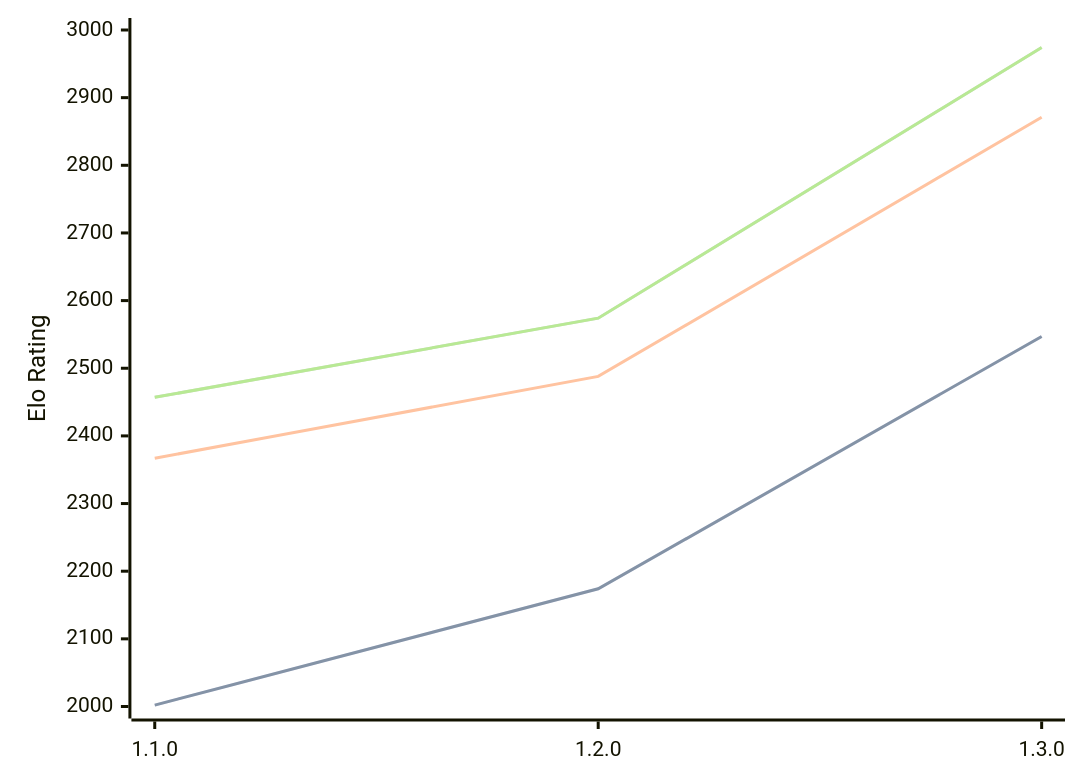
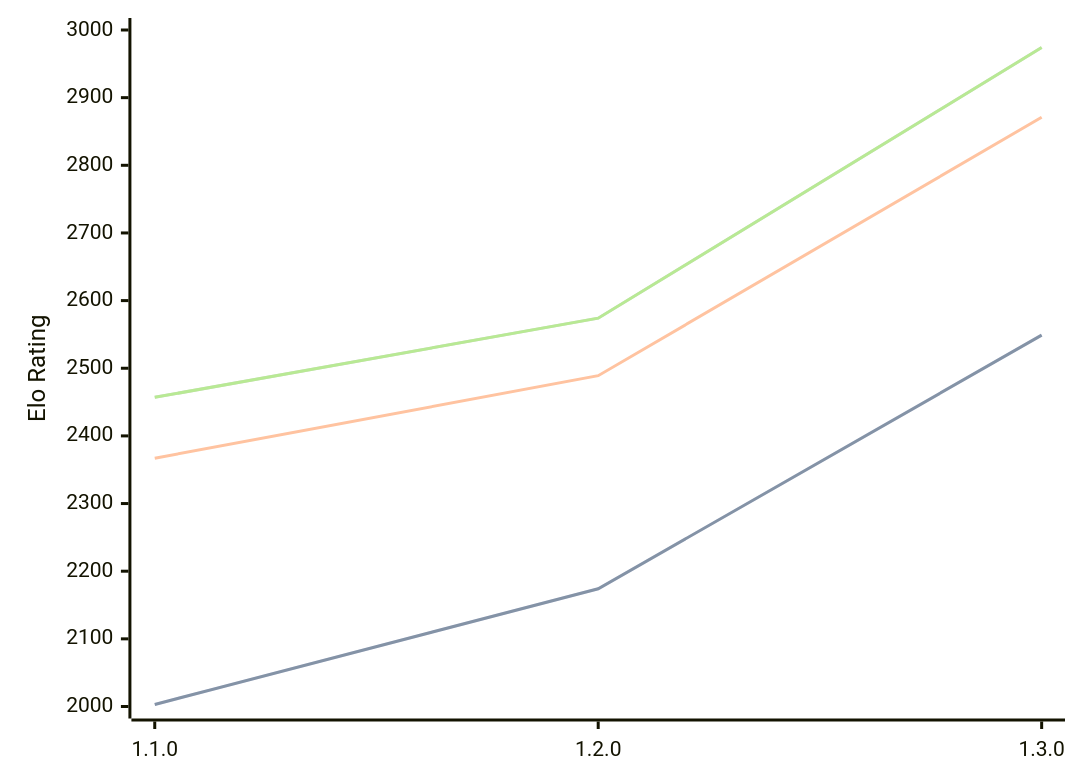
Before and after one commit to computer-chess-index/cci: the diagram in engines/Gyatso.md, drawn with Mermaid. The commit also changed other lines of this file, not shown here.

````diff
--- a/engines/Gyatso.md
+++ b/engines/Gyatso.md
@@ -34,11 +34,11 @@
 ```mermaid
 %%{init: {"theme":"base","themeVariables":{"seriesColors:['#a3a3a3','#222221','#faa371']}}}%%
 xychart-beta
   x-axis ["1.1.0", "1.2.0", "1.3.0"]
   y-axis "Elo Rating" 2000 --> 3000
-  line "STC (8.0+0.08s)" [2002, 2174, 2547]
-  line "STC (8.0+0.08s)" [2002, 2174, 2547]
-  line "LTC (60.0+0.60s)" [2367, 2488, 2871]
+  line "STC (8.0+0.08s)" [2003, 2174, 2549]
+  line "STC (8.0+0.08s)" [2003, 2174, 2549]
+  line "LTC (60.0+0.60s)" [2367, 2489, 2871]
   line "VLTC (2m24s+1.12s)" [2457, 2574, 2974]
   line "VLTC (2m24s+1.12s)" [2457, 2574, 2974]
 ```
````
